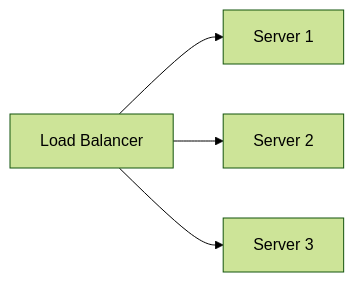
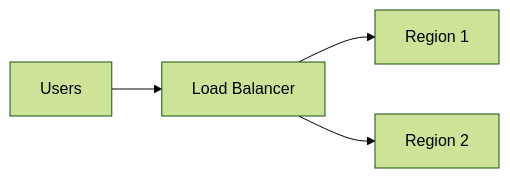
One commit to dbajajmnk/systemdesign changed the third of 10 diagrams in systemdesign/8. Reliability and Fault Tolerance/How.md. Above: the diagram before and after it, drawn with Mermaid (forest theme). The commit also changed other lines of this file and 4 other files, not shown here.

````diff
--- a/systemdesign/8. Reliability and Fault Tolerance/How.md
+++ b/systemdesign/8. Reliability and Fault Tolerance/How.md
@@ -81,7 +109,6 @@
 ```mermaid
 flowchart LR
-    LB[Load Balancer]
-    LB --> S1[Server 1]
-    LB --> S2[Server 2]
-    LB --> S3[Server 3]
+Users --> LB[Load Balancer]
+LB --> S1[Region 1]
+LB --> S2[Region 2]
 ```
````
